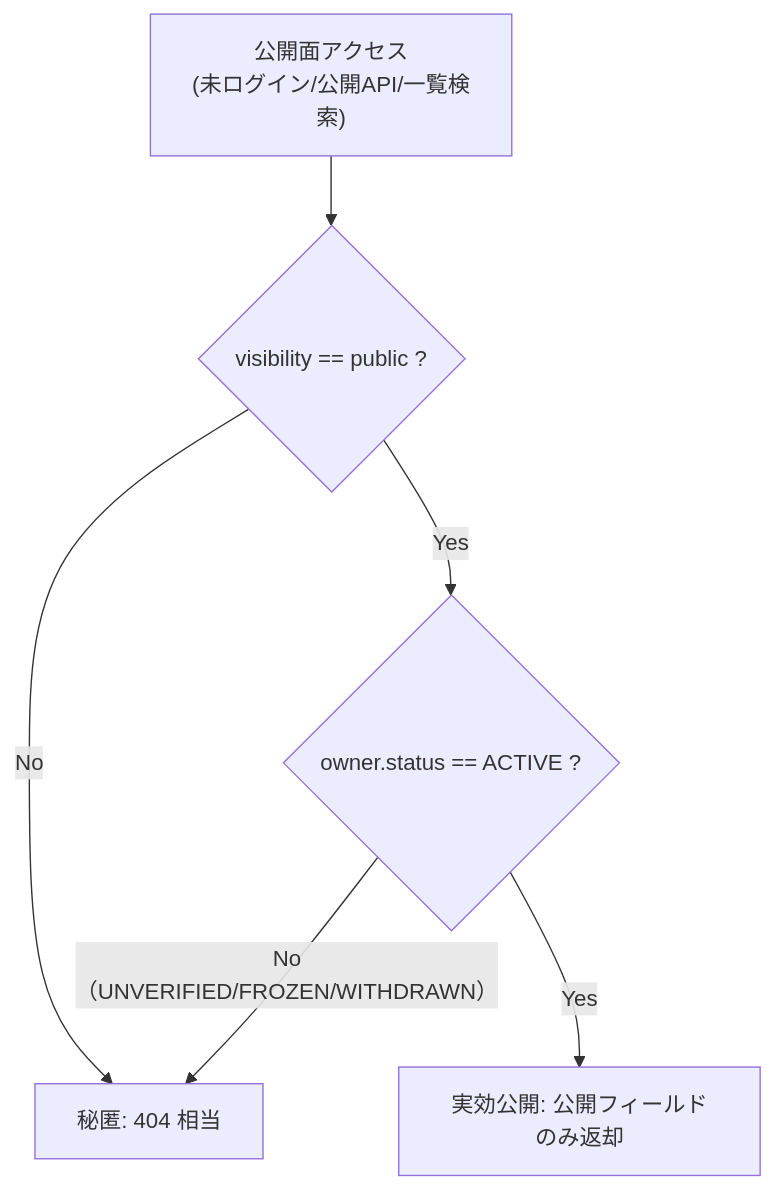
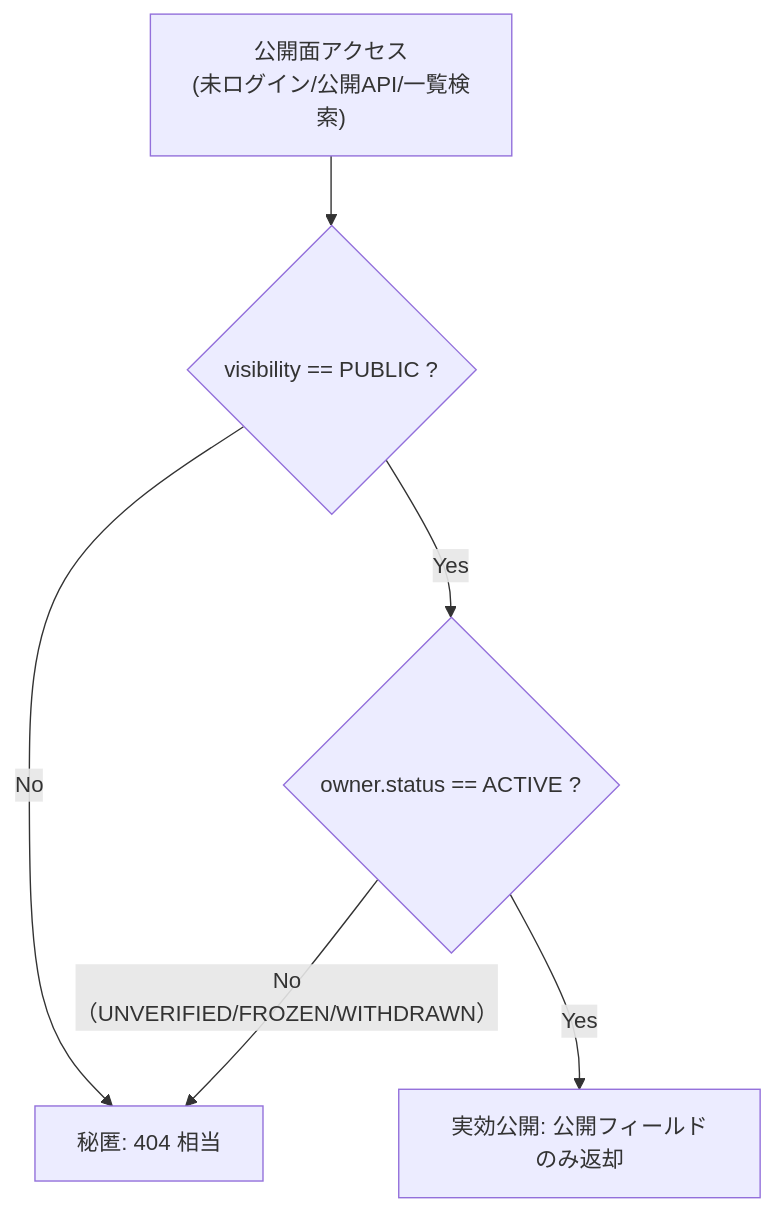
Before and after one commit to kurachiweb/genai-example-1-profile-community: the second of 3 diagrams in docs/GUIDES/security/01-authn-authz.md, drawn with Mermaid. The commit also changed 30 other files, not shown here.

````diff
--- a/docs/GUIDES/security/01-authn-authz.md
+++ b/docs/GUIDES/security/01-authn-authz.md
@@ -75,8 +75,8 @@
 ```mermaid
 flowchart TD
-    REQ["公開面アクセス<br/>(未ログイン/公開API/一覧検索)"] --> V{"visibility == public ?"}
+    REQ["公開面アクセス<br/>(未ログイン/公開API/一覧検索)"] --> V{"visibility == PUBLIC ?"}
     V -- No --> HIDE["秘匿: 404 相当"]
     V -- Yes --> S{"owner.status == ACTIVE ?"}
     S -- No（UNVERIFIED/FROZEN/WITHDRAWN） --> HIDE
     S -- Yes --> SHOW["実効公開: 公開フィールドのみ返却"]
 ```
````
